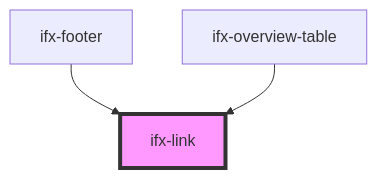
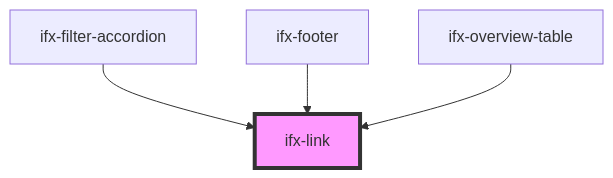
The diagram in packages/components/src/components/link/readme.md (Infineon/infineon-design-system-stencil), drawn with Mermaid before and after one commit. The commit also changed other lines of this file and 8 other files, not shown here.

````diff
--- a/packages/components/src/components/link/readme.md
+++ b/packages/components/src/components/link/readme.md
@@ -27,6 +28,7 @@
 ```mermaid
 graph TD;
+  ifx-filter-accordion --> ifx-link
   ifx-footer --> ifx-link
   ifx-overview-table --> ifx-link
   style ifx-link fill:#f9f,stroke:#333,stroke-width:4px
 ```
````
